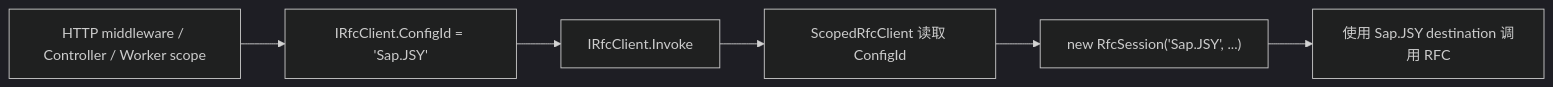
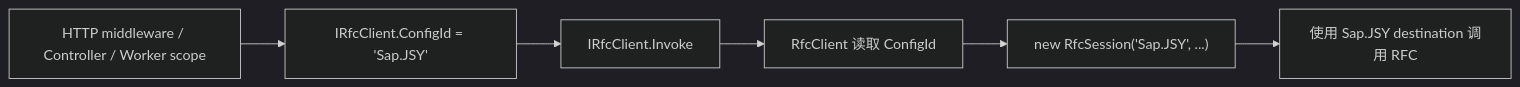
The fourth of 4 diagrams in docs/file-dependency-roadmap.zh-CN.md (Mitzh/RfcClient), drawn with Mermaid (dark theme) before and after one commit. The commit also changed other lines of this file and 5 other files, not shown here.

First line of the commit message:
feat: 新增无参数 AddRfcClient() 重载，自动从 DI 解析 IConfiguration

````diff
--- a/docs/file-dependency-roadmap.zh-CN.md
+++ b/docs/file-dependency-roadmap.zh-CN.md
@@ -170,8 +170,8 @@
 ```mermaid
 flowchart LR
     A["HTTP middleware / Controller / Worker scope"] --> B["IRfcClient.ConfigId = 'Sap.JSY'"]
     B --> C["IRfcClient.Invoke"]
-    C --> D["ScopedRfcClient 读取 ConfigId"]
+    C --> D["RfcClient 读取 ConfigId"]
     D --> E["new RfcSession('Sap.JSY', ...)"]
     E --> F["使用 Sap.JSY destination 调用 RFC"]
 ```
````
